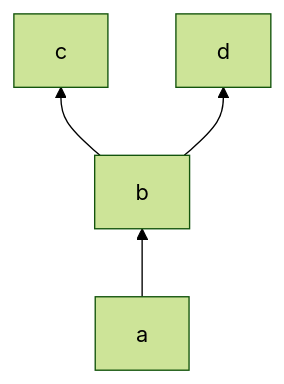
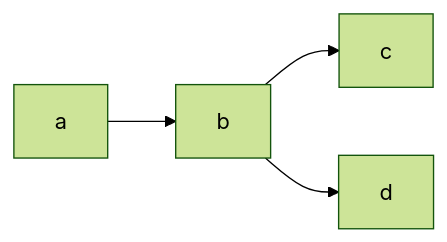
The diagram in Проба.md (johnthesmith/shoggoth), drawn with Mermaid (forest theme) before and after one commit.

Commit message:
Это текст

````diff
--- a/Проба.md
+++ b/Проба.md
@@ -102,5 +102,5 @@
 ```mermaid
-flowchart BT
+flowchart LR
 a --> b
 b --> c & d
 ```
````
